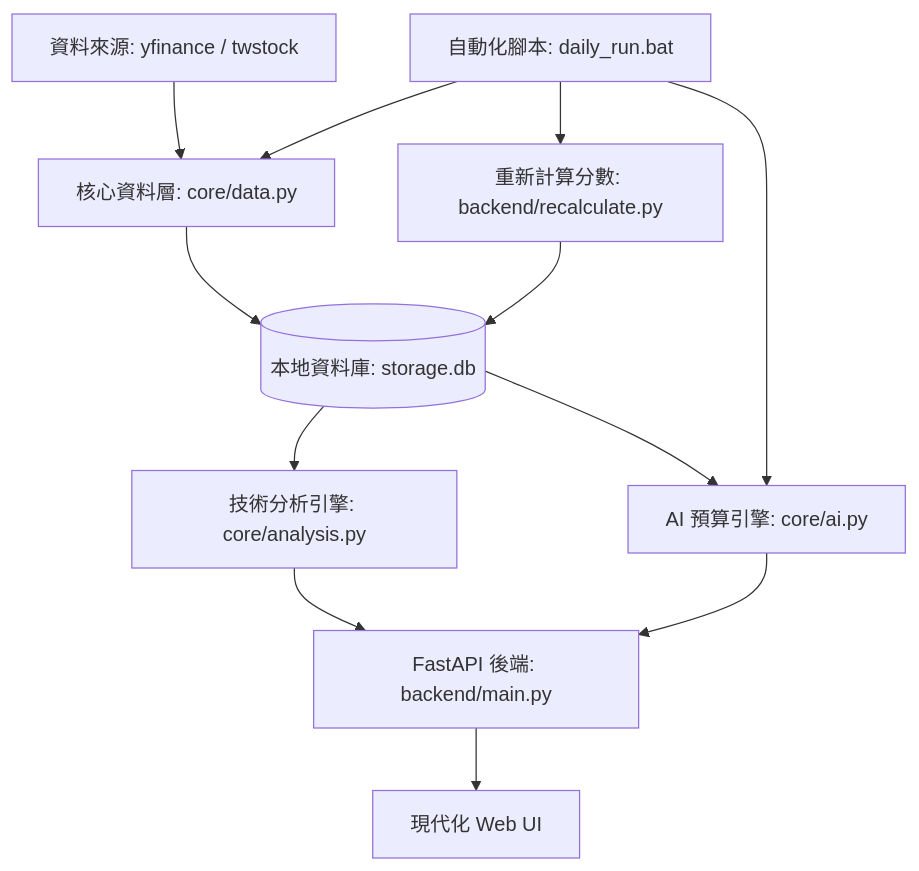
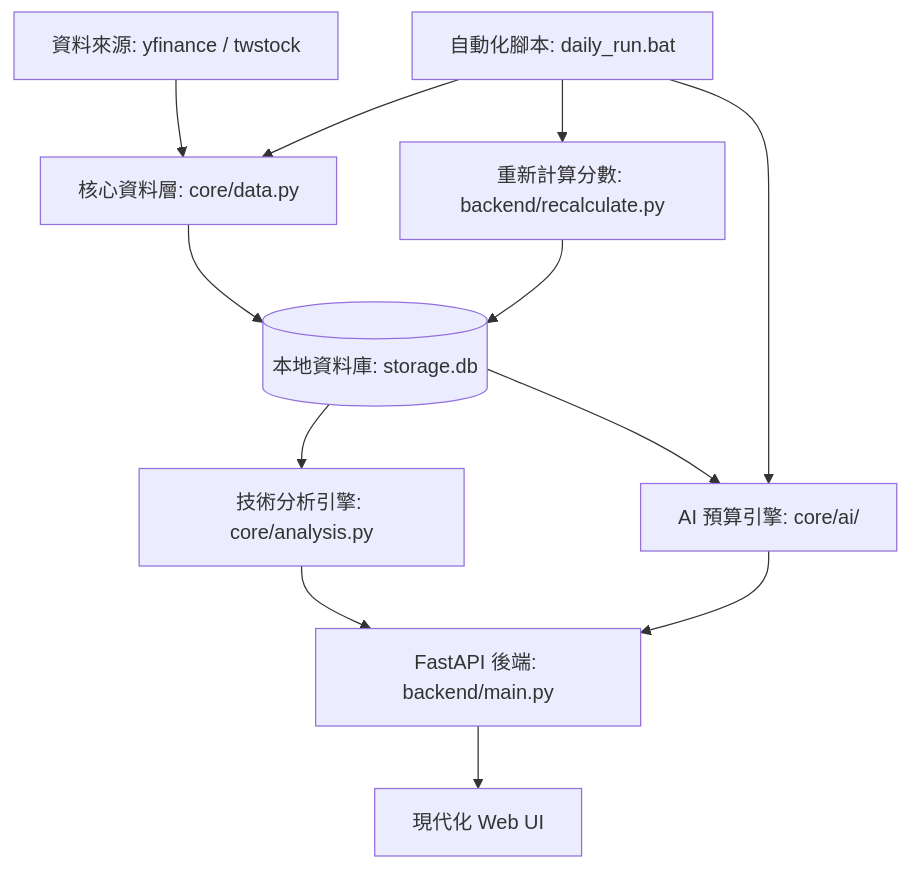
The first of 2 diagrams in README.md (KbWen/smart-stock-selector), drawn with Mermaid before and after one commit. The commit also changed other lines of this file and 8 other files, not shown here.

````diff
--- a/README.md
+++ b/README.md
@@ -15,14 +15,16 @@
 ```mermaid
 graph TD
     A[資料來源: yfinance / twstock] --> B[核心資料層: core/data.py]
     B --> C[(本地資料庫: storage.db)]
-    C --> D[技術分析引擎: core/analysis.py]
-    C --> E[AI 預算引擎: core/ai.py]
+    D[技術分析引擎: core/analysis.py]
+    E[AI 預算引擎: core/ai/]
+    C --> D
+    C --> E
     D --> F[FastAPI 後端: backend/main.py]
     E --> F
     F --> G[現代化 Web UI]
     H[自動化腳本: daily_run.bat] --> B
     H --> E
     H --> I[重新計算分數: backend/recalculate.py]
     I --> C
 ```
````
